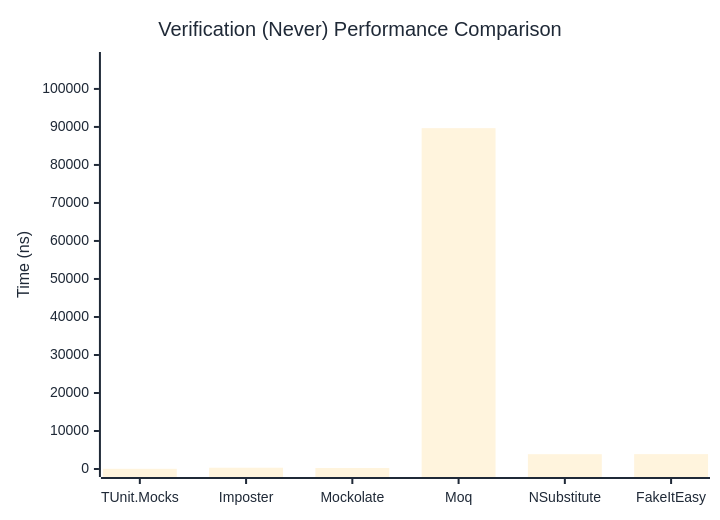
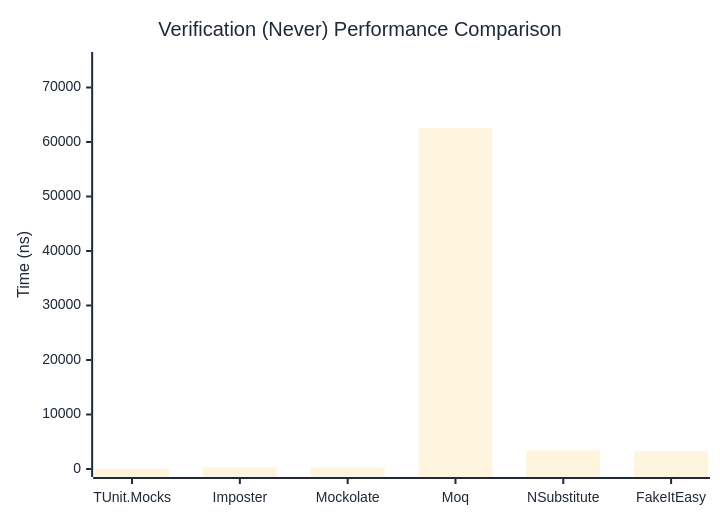
The second of 3 diagrams in docs/docs/benchmarks/mocks/Verification.md (thomhurst/TUnit), drawn with Mermaid before and after one commit. The commit also changed other lines of this file and 14 other files, not shown here.

````diff
--- a/docs/docs/benchmarks/mocks/Verification.md
+++ b/docs/docs/benchmarks/mocks/Verification.md
@@ -71,27 +71,27 @@
 ```mermaid
 %%{init: {
   'theme':'base',
   'themeVariables': {
     'primaryColor': '#2563eb',
     'primaryTextColor': '#1f2937',
     'primaryBorderColor': '#1e40af',
     'lineColor': '#6b7280',
     'secondaryColor': '#7c3aed',
     'tertiaryColor': '#dc2626',
     'background': '#ffffff',
     'pie1': '#2563eb',
     'pie2': '#7c3aed',
     'pie3': '#dc2626',
     'pie4': '#f59e0b',
     'pie5': '#10b981',
     'pie6': '#06b6d4',
     'pie7': '#ec4899',
     'pie8': '#6366f1'
   }
 }}%%
 xychart-beta
   title "Verification (Never) Performance Comparison"
   x-axis ["TUnit.Mocks", "Imposter", "Mockolate", "Moq", "NSubstitute", "FakeItEasy"]
-  y-axis "Time (ns)" 0 --> 107611
-  bar [51.07, 334.54, 256.35, 89675.47, 3894.99, 3914.64]
+  y-axis "Time (ns)" 0 --> 75043
+  bar [54.24, 334.74, 249.12, 62535.7, 3415.97, 3264.59]
 ```
````
